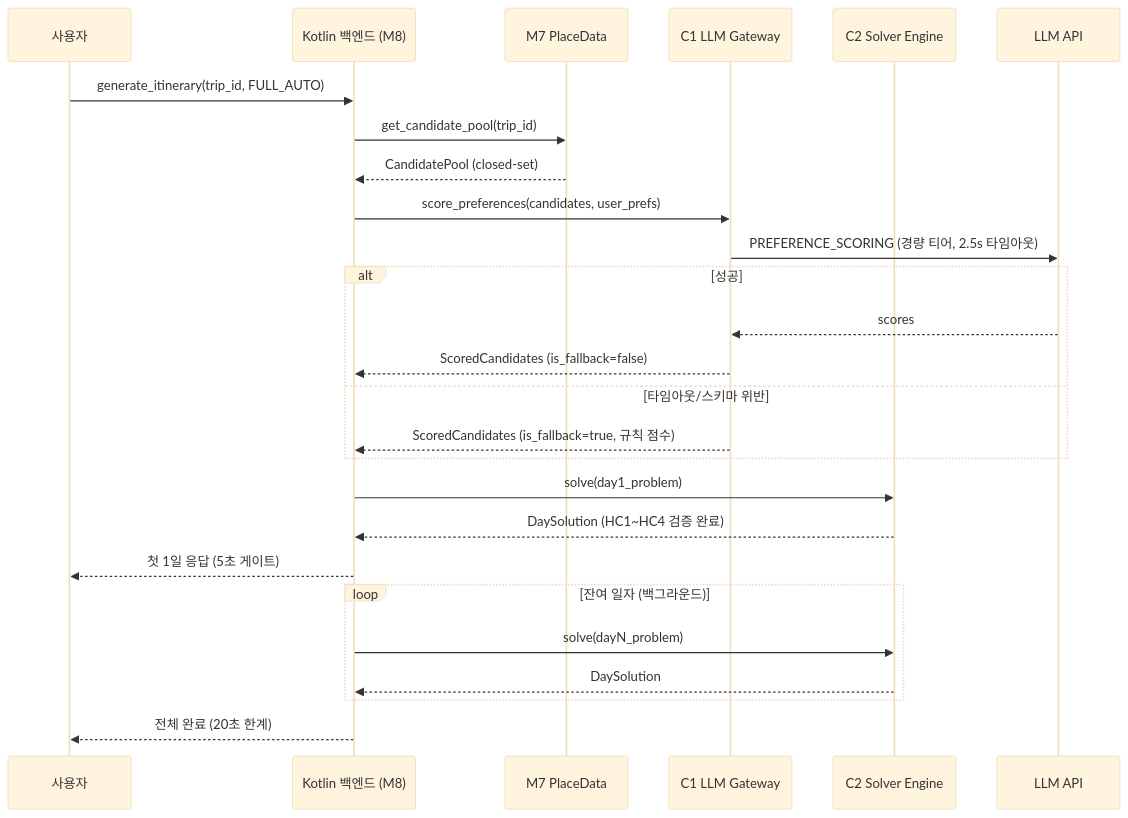
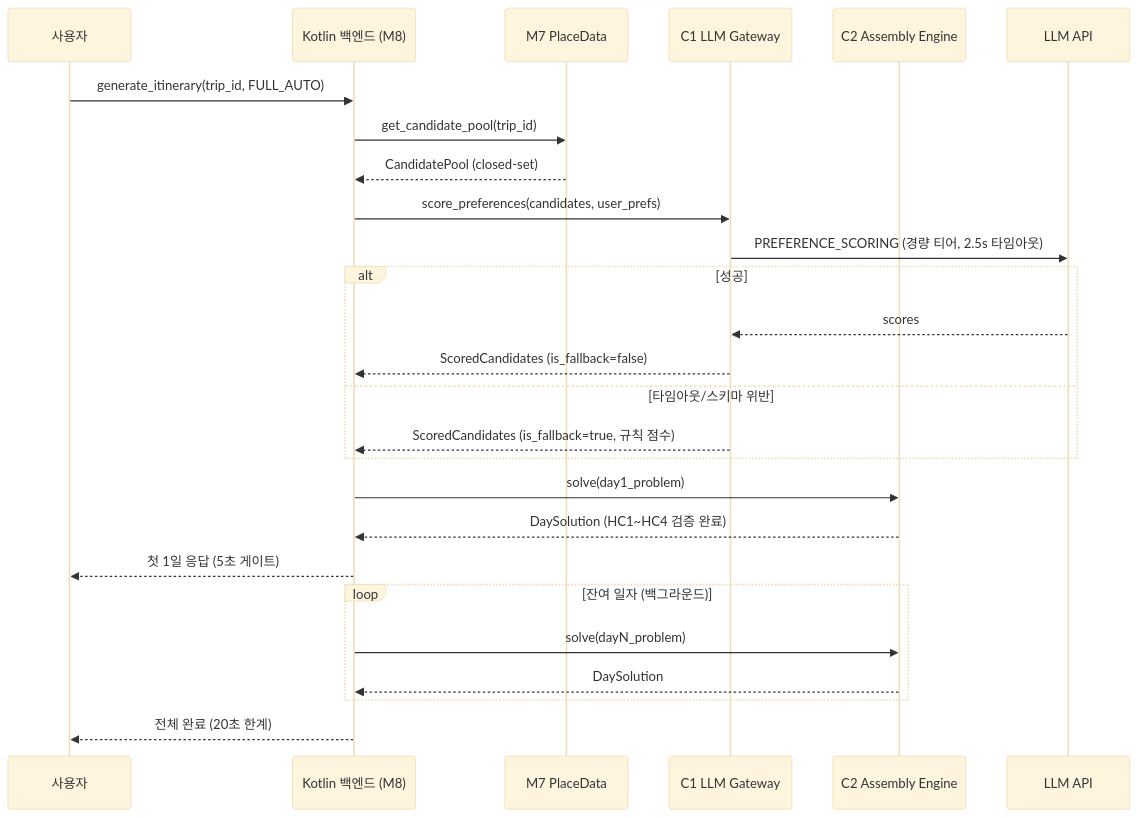
One commit to ASM-TripPilot/trippilot changed the second of 2 diagrams in ai/aidlc-docs/inception/reverse-engineering/architecture.md. Above: the diagram before and after it, drawn with Mermaid (base theme). The commit also changed other lines of this file and 148 other files, not shown here.

````diff
--- a/ai/aidlc-docs/inception/reverse-engineering/architecture.md
+++ b/ai/aidlc-docs/inception/reverse-engineering/architecture.md
@@ -126,29 +126,29 @@
 ```mermaid
 sequenceDiagram
     participant U as 사용자
     participant KB as Kotlin 백엔드 (M8)
     participant M7 as M7 PlaceData
     participant C1 as C1 LLM Gateway
-    participant C2 as C2 Solver Engine
+    participant C2 as C2 Assembly Engine
     participant LLM as LLM API
 
     U->>KB: generate_itinerary(trip_id, FULL_AUTO)
     KB->>M7: get_candidate_pool(trip_id)
     M7-->>KB: CandidatePool (closed-set)
     KB->>C1: score_preferences(candidates, user_prefs)
     C1->>LLM: PREFERENCE_SCORING (경량 티어, 2.5s 타임아웃)
     alt 성공
         LLM-->>C1: scores
         C1-->>KB: ScoredCandidates (is_fallback=false)
     else 타임아웃/스키마 위반
         C1-->>KB: ScoredCandidates (is_fallback=true, 규칙 점수)
     end
     KB->>C2: solve(day1_problem)
     C2-->>KB: DaySolution (HC1~HC4 검증 완료)
     KB-->>U: 첫 1일 응답 (5초 게이트)
     loop 잔여 일자 (백그라운드)
         KB->>C2: solve(dayN_problem)
         C2-->>KB: DaySolution
     end
     KB-->>U: 전체 완료 (20초 한계)
 ```
````
